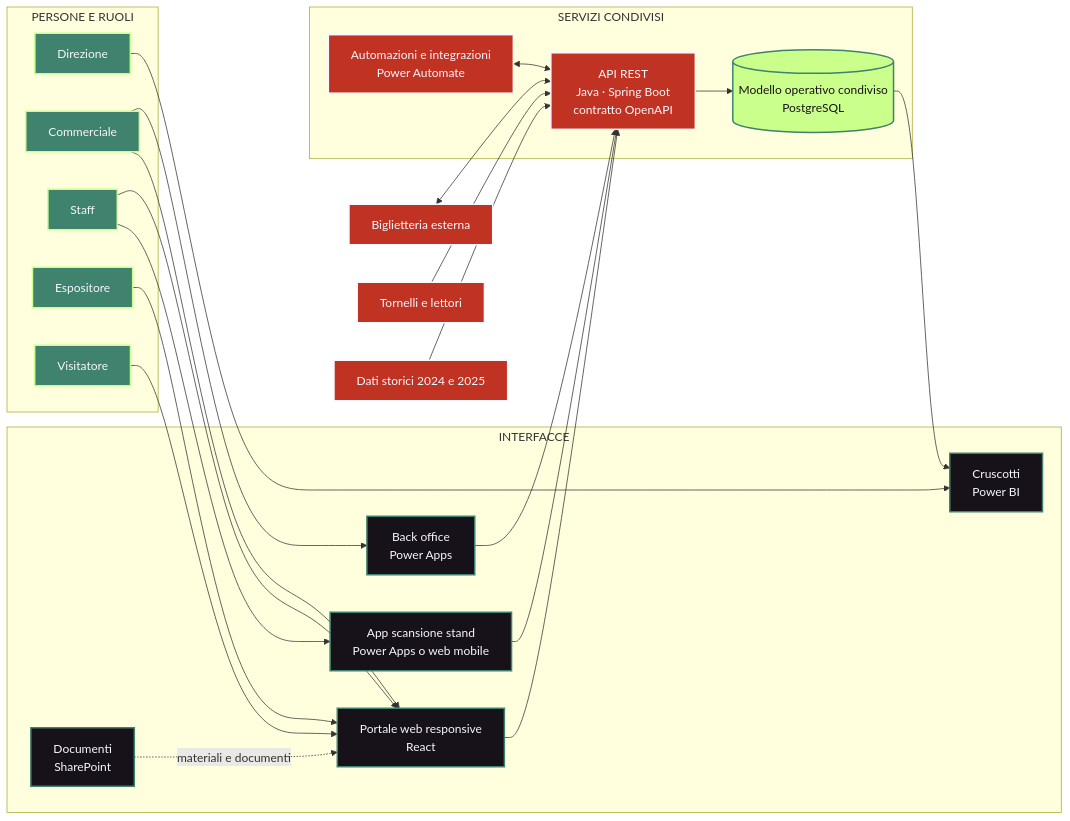
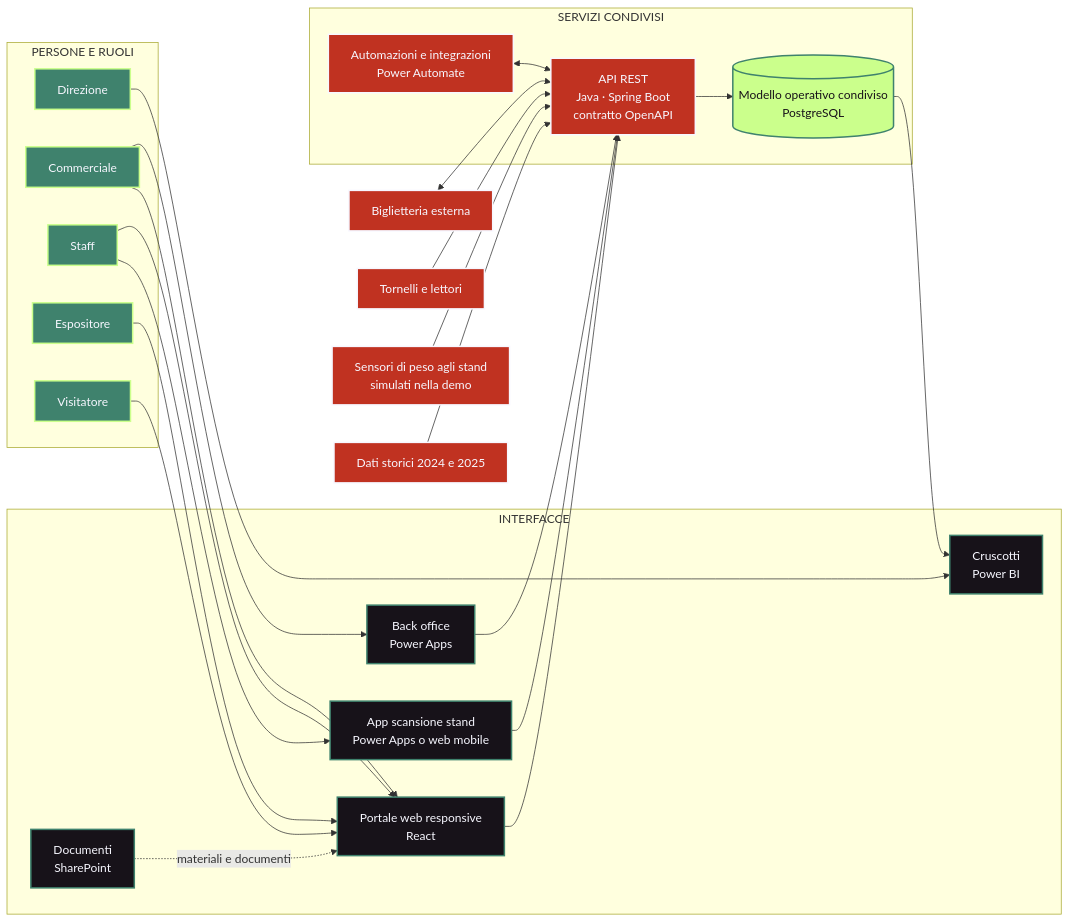
The first of 5 diagrams in README.md (stand-up-arcade-milan/Standup-platform), drawn with Mermaid before and after one commit. The commit also changed other lines of this file and 3 other files, not shown here.

````diff
--- a/README.md
+++ b/README.md
@@ -59,55 +60,57 @@
 ```mermaid
 flowchart LR
     subgraph persone["PERSONE E RUOLI"]
         D["Direzione"]
         C["Commerciale"]
         S["Staff"]
         E["Espositore"]
         V["Visitatore"]
     end
 
     subgraph interfacce["INTERFACCE"]
         WEB["Portale web responsive<br/>React"]
         PA["Back office<br/>Power Apps"]
         SCAN["App scansione stand<br/>Power Apps o web mobile"]
         BI["Cruscotti<br/>Power BI"]
         DOC["Documenti<br/>SharePoint"]
     end
 
     subgraph servizi["SERVIZI CONDIVISI"]
         API["API REST<br/>Java · Spring Boot<br/>contratto OpenAPI"]
         FLOW["Automazioni e integrazioni<br/>Power Automate"]
         DB[("Modello operativo condiviso<br/>PostgreSQL")]
     end
 
     TICKET["Biglietteria esterna"]
     TURN["Tornelli e lettori"]
+    SENS["Sensori di peso agli stand<br/>simulati nella demo"]
     HIST["Dati storici 2024 e 2025"]
 
     D --> BI
     C --> PA
     C --> WEB
     S --> WEB
     S --> SCAN
     E --> WEB
     V --> WEB
     WEB --> API
     PA --> API
     SCAN --> API
     API --> DB
     FLOW <--> API
     DB --> BI
     DOC -. "materiali e documenti" .-> WEB
     TICKET <--> API
     TURN --> API
     HIST --> API
+    SENS --> API
 
     classDef people fill:#3f826d,color:#f7f7ff,stroke:#cbff8c,stroke-width:2px
     classDef ui fill:#171219,color:#f7f7ff,stroke:#3f826d,stroke-width:2px
     classDef platform fill:#c03221,color:#f7f7ff,stroke:#f7f7ff,stroke-width:2px
     classDef store fill:#cbff8c,color:#171219,stroke:#3f826d,stroke-width:2px
     class D,C,S,E,V people
     class WEB,PA,SCAN,BI,DOC ui
-    class API,FLOW,TICKET,TURN,HIST platform
+    class API,FLOW,TICKET,TURN,HIST,SENS platform
     class DB store
 ```
````
